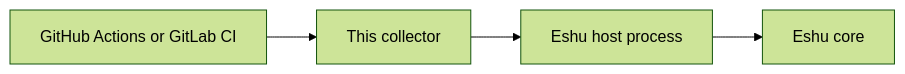
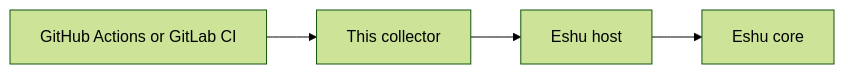
One commit to eshu-hq/eshu-collector-cicd-run changed the diagram in README.md. Above: the diagram before and after it, drawn with Mermaid (forest theme). The commit also changed other lines of this file and 12 other files, not shown here.

````diff
--- a/README.md
+++ b/README.md
@@ -38,4 +15,4 @@
 ```mermaid
 flowchart LR
-  A["GitHub Actions or GitLab CI"] --> B["This collector"] --> C["Eshu host process"] --> D["Eshu core"]
+  A["GitHub Actions or GitLab CI"] --> B["This collector"] --> C["Eshu host"] --> D["Eshu core"]
 ```
````
